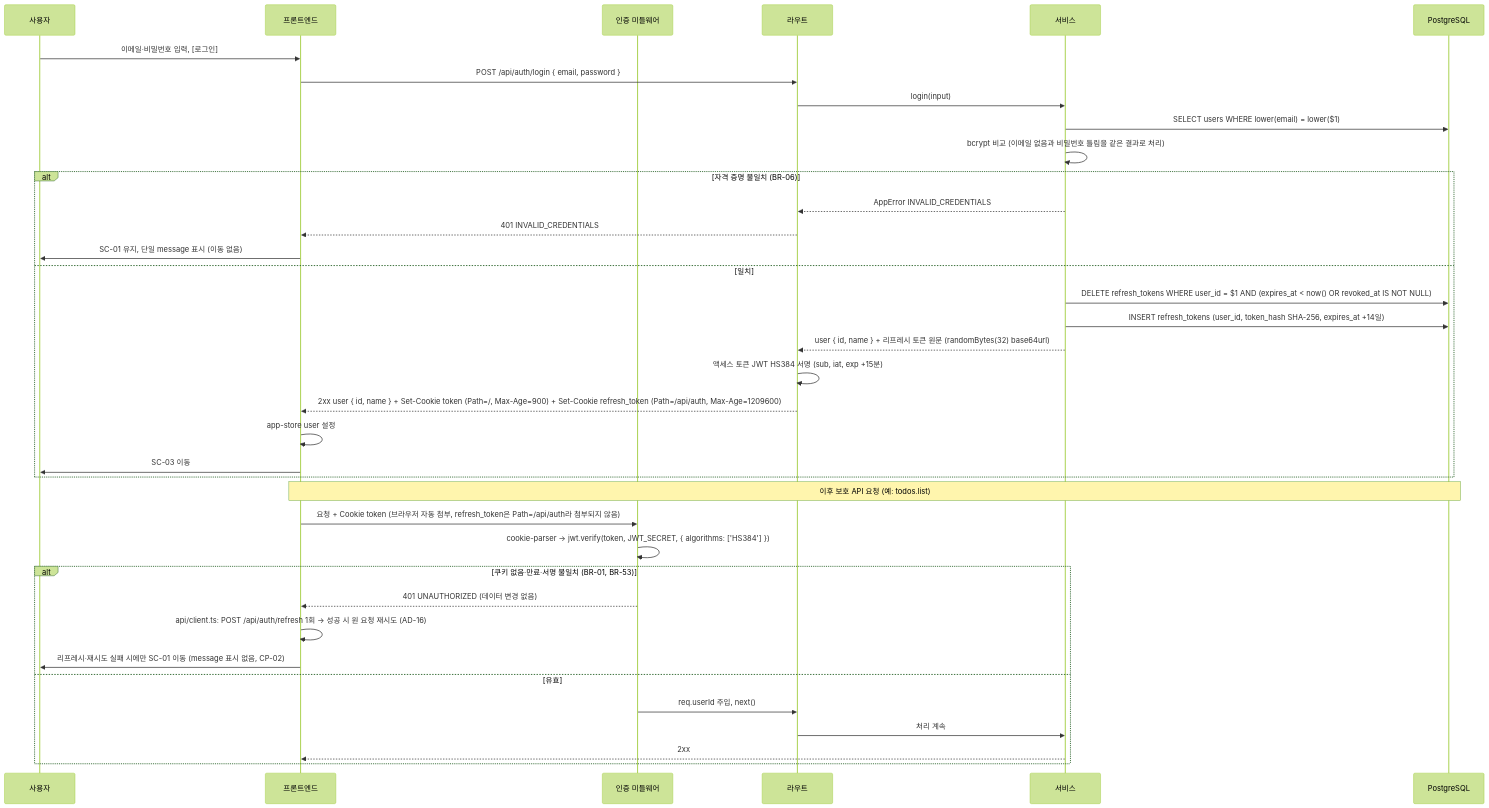
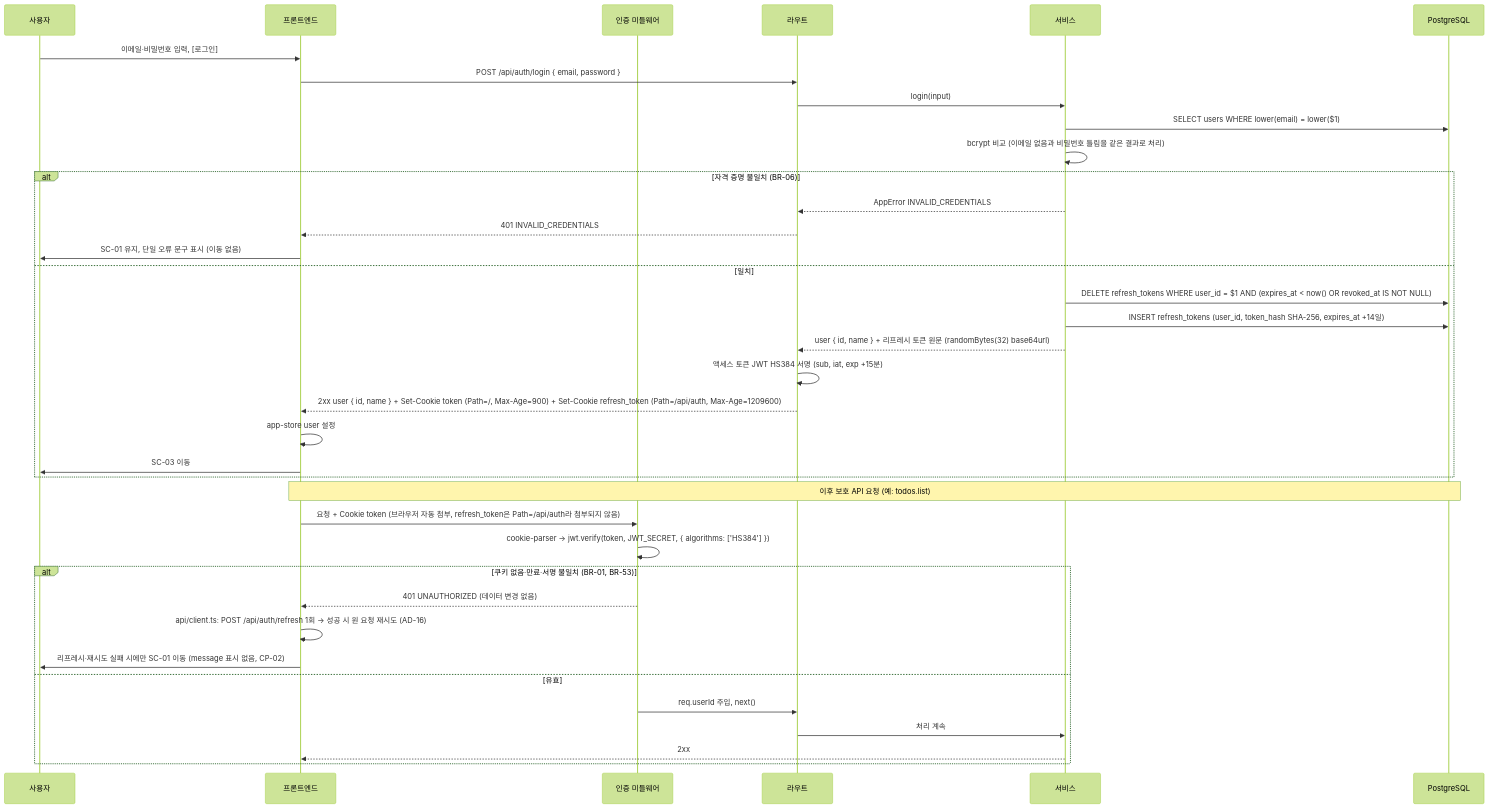
The seventh of 15 diagrams in docs/6-arch-diagram.md (okbaronok2-tech/todolist_app), drawn with Mermaid (forest theme) before and after one commit. The commit also changed other lines of this file and 19 other files, not shown here.

````diff
--- a/docs/6-arch-diagram.md
+++ b/docs/6-arch-diagram.md
@@ -313,41 +318,41 @@
 ```mermaid
 sequenceDiagram
     participant U as 사용자
     participant FE as 프론트엔드
     participant MW as 인증 미들웨어
     participant RT as 라우트
     participant SV as 서비스
     participant DB as PostgreSQL
 
     U->>FE: 이메일·비밀번호 입력, [로그인]
     FE->>RT: POST /api/auth/login { email, password }
     RT->>SV: login(input)
     SV->>DB: SELECT users WHERE lower(email) = lower($1)
     SV->>SV: bcrypt 비교 (이메일 없음과 비밀번호 틀림을 같은 결과로 처리)
     alt 자격 증명 불일치 (BR-06)
         SV-->>RT: AppError INVALID_CREDENTIALS
         RT-->>FE: 401 INVALID_CREDENTIALS
-        FE->>U: SC-01 유지, 단일 message 표시 (이동 없음)
+        FE->>U: SC-01 유지, 단일 오류 문구 표시 (이동 없음)
     else 일치
         SV->>DB: DELETE refresh_tokens WHERE user_id = $1 AND (expires_at < now() OR revoked_at IS NOT NULL)
         SV->>DB: INSERT refresh_tokens (user_id, token_hash SHA-256, expires_at +14일)
         SV-->>RT: user { id, name } + 리프레시 토큰 원문 (randomBytes(32) base64url)
         RT->>RT: 액세스 토큰 JWT HS384 서명 (sub, iat, exp +15분)
         RT-->>FE: 2xx user { id, name } + Set-Cookie token (Path=/, Max-Age=900) + Set-Cookie refresh_token (Path=/api/auth, Max-Age=1209600)
         FE->>FE: app-store user 설정
         FE->>U: SC-03 이동
     end
 
     Note over FE,DB: 이후 보호 API 요청 (예: todos.list)
     FE->>MW: 요청 + Cookie token (브라우저 자동 첨부, refresh_token은 Path=/api/auth라 첨부되지 않음)
     MW->>MW: cookie-parser → jwt.verify(token, JWT_SECRET, { algorithms: ['HS384'] })
     alt 쿠키 없음·만료·서명 불일치 (BR-01, BR-53)
         MW-->>FE: 401 UNAUTHORIZED (데이터 변경 없음)
         FE->>FE: api/client.ts: POST /api/auth/refresh 1회 → 성공 시 원 요청 재시도 (AD-16)
         FE->>U: 리프레시·재시도 실패 시에만 SC-01 이동 (message 표시 없음, CP-02)
     else 유효
         MW->>RT: req.userId 주입, next()
         RT->>SV: 처리 계속
         SV-->>FE: 2xx
     end
 ```
````
